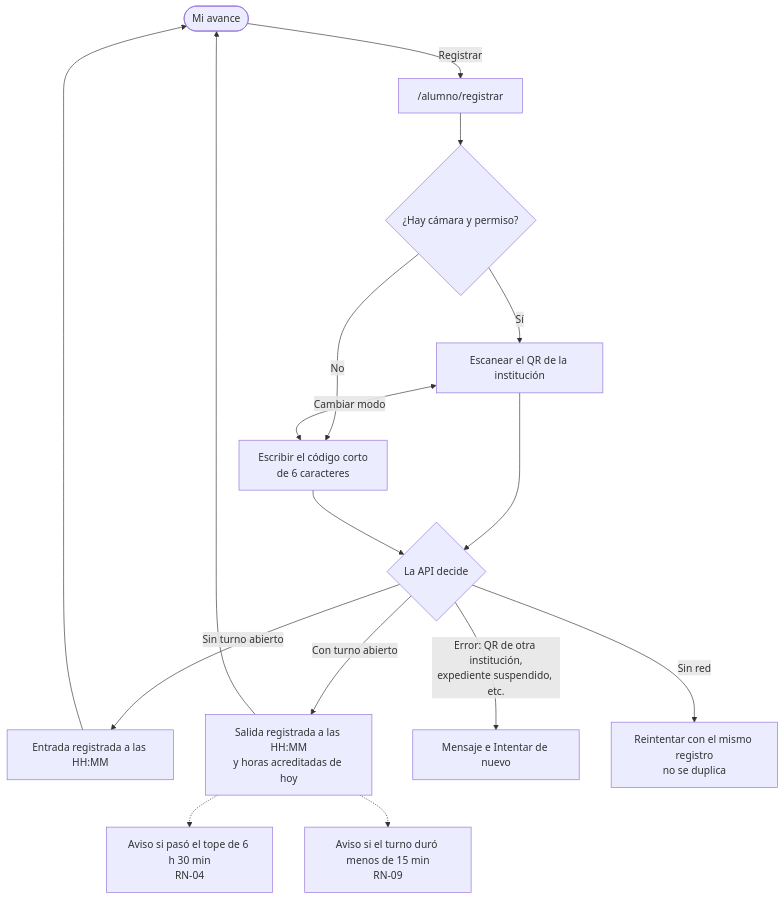
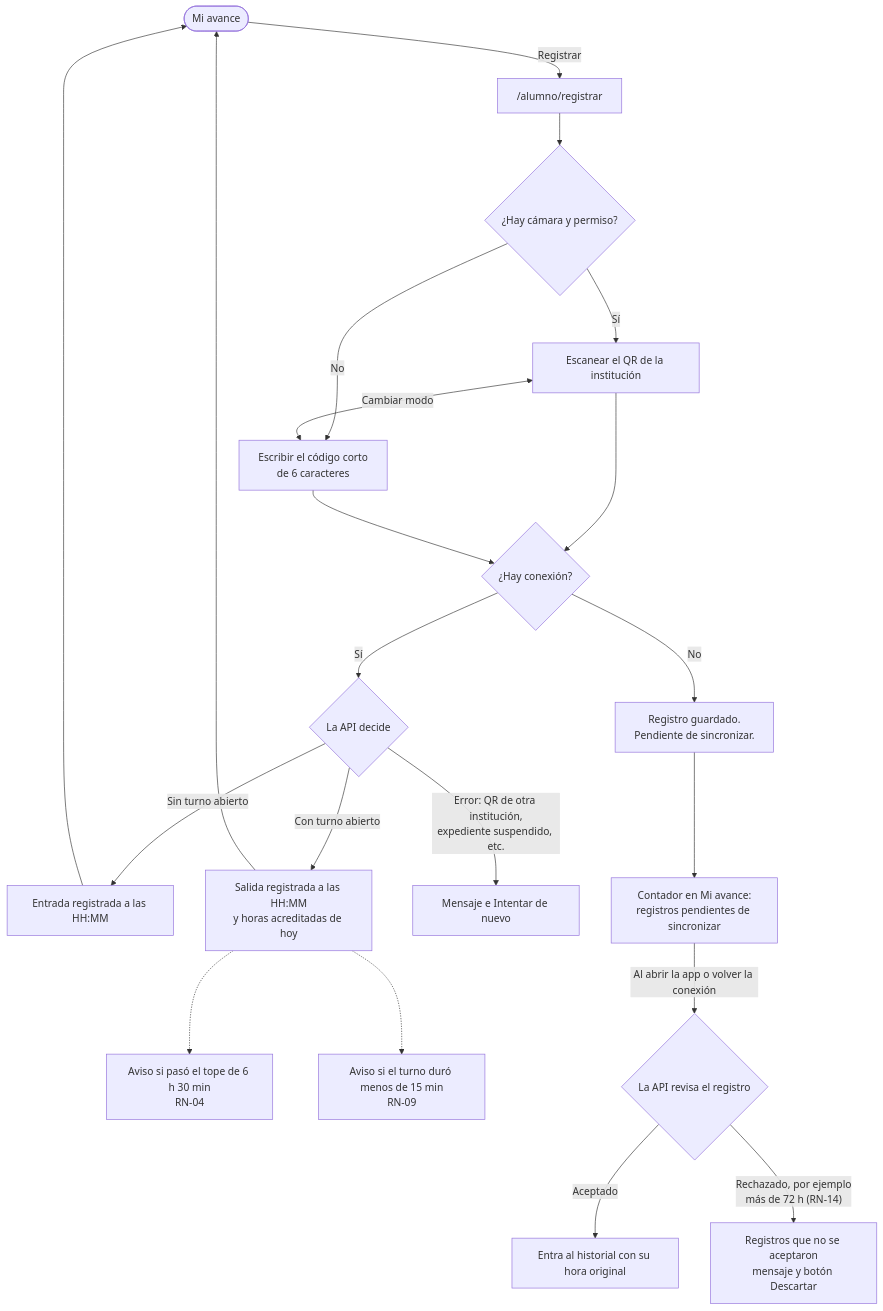
Before and after one commit to leslie-garcia801/praxis: the eighth of 12 diagrams in docs/flujo-app.md, drawn with Mermaid. The commit also changed other lines of this file and 3 other files, not shown here.

Commit message:
docs: update the app flow and the project status to iterations 1-7 and the post-MVP improvements

````diff
--- a/docs/flujo-app.md
+++ b/docs/flujo-app.md
@@ -190,16 +242,21 @@
 ```mermaid
 flowchart TD
     H([Mi avance]) -- Registrar --> R["/alumno/registrar"]
     R --> CAM{¿Hay cámara y permiso?}
     CAM -- Sí --> QR[Escanear el QR de la institución]
     CAM -- No --> COD[Escribir el código corto<br/>de 6 caracteres]
     QR <-- "Cambiar modo" --> COD
-    QR & COD --> API{La API decide}
+    QR & COD --> RED{¿Hay conexión?}
+    RED -- Sí --> API{La API decide}
     API -- "Sin turno abierto" --> EN[Entrada registrada a las HH:MM]
     API -- "Con turno abierto" --> SA[Salida registrada a las HH:MM<br/>y horas acreditadas de hoy]
     SA -.-> AV1[Aviso si pasó el tope de 6 h 30 min<br/>RN-04]
     SA -.-> AV2[Aviso si el turno duró menos de 15 min<br/>RN-09]
     API -- "Error: QR de otra institución,<br/>expediente suspendido, etc." --> ERR[Mensaje e Intentar de nuevo]
-    API -- "Sin red" --> RE[Reintentar con el mismo registro<br/>no se duplica]
+    RED -- No --> GU["Registro guardado.<br/>Pendiente de sincronizar."]
+    GU --> CT[Contador en Mi avance:<br/>registros pendientes de sincronizar]
+    CT -- "Al abrir la app o volver la conexión" --> SY{La API revisa el registro}
+    SY -- Aceptado --> HI[Entra al historial con su hora original]
+    SY -- "Rechazado, por ejemplo<br/>más de 72 h (RN-14)" --> RZ["Registros que no se aceptaron<br/>mensaje y botón Descartar"]
     EN & SA --> H
 ```
````
